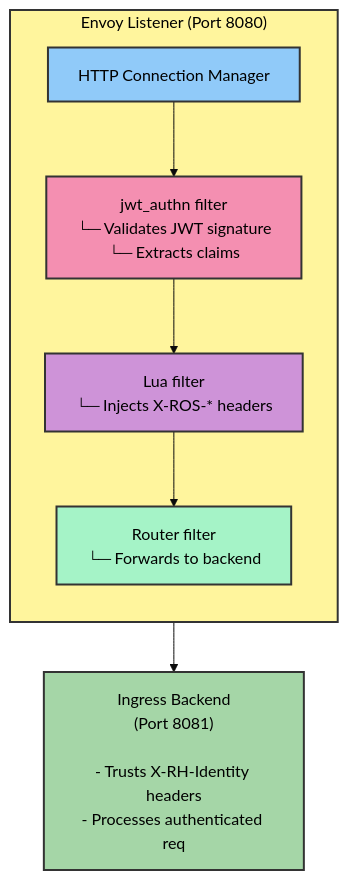
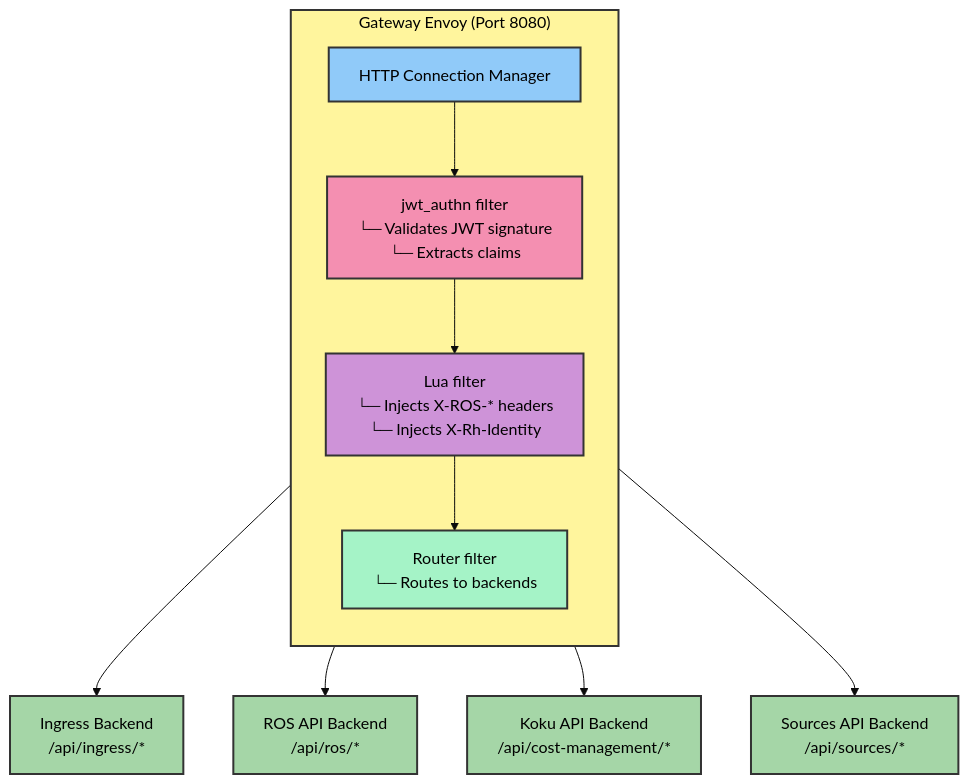
One commit to jordigilh/ros-helm-chart changed the first of 2 diagrams in docs/helm-templates-reference.md. Above: the diagram before and after it, drawn with Mermaid (base theme). The commit also changed other lines of this file and 30 other files, not shown here.

First line of the commit message:
refactor(gateway): consolidate Envoy sidecars into centralized API gateway

````diff
--- a/docs/helm-templates-reference.md
+++ b/docs/helm-templates-reference.md
@@ -83,25 +105,34 @@
 ```mermaid
 graph TB
-    subgraph Envoy["Envoy Listener (Port 8080)"]
+    subgraph Gateway["Gateway Envoy (Port 8080)"]
         direction TB
         HCM["HTTP Connection Manager"]
         JWT["jwt_authn filter<br/>└─ Validates JWT signature<br/>└─ Extracts claims"]
-        Lua["Lua filter<br/>└─ Injects X-ROS-* headers"]
-        Router["Router filter<br/>└─ Forwards to backend"]
+        Lua["Lua filter<br/>└─ Injects X-ROS-* headers<br/>└─ Injects X-Rh-Identity"]
+        Router["Router filter<br/>└─ Routes to backends"]
 
         HCM --> JWT
         JWT --> Lua
         Lua --> Router
     end
 
-    Backend["Ingress Backend<br/>(Port 8081)<br/><br/>- Trusts X-RH-Identity headers<br/>- Processes authenticated req"]
+    Ingress["Ingress Backend<br/>/api/ingress/*"]
+    RosAPI["ROS API Backend<br/>/api/ros/*"]
+    Koku["Koku API Backend<br/>/api/cost-management/*"]
+    Sources["Sources API Backend<br/>/api/sources/*"]
 
-    Router --> Backend
+    Router --> Ingress
+    Router --> RosAPI
+    Router --> Koku
+    Router --> Sources
 
-    style Envoy fill:#fff59d,stroke:#333,stroke-width:2px,color:#000
-    style Backend fill:#a5d6a7,stroke:#333,stroke-width:2px,color:#000
+    style Gateway fill:#fff59d,stroke:#333,stroke-width:2px,color:#000
+    style Ingress fill:#a5d6a7,stroke:#333,stroke-width:2px,color:#000
+    style RosAPI fill:#a5d6a7,stroke:#333,stroke-width:2px,color:#000
+    style Koku fill:#a5d6a7,stroke:#333,stroke-width:2px,color:#000
+    style Sources fill:#a5d6a7,stroke:#333,stroke-width:2px,color:#000
     style HCM fill:#90caf9,stroke:#333,stroke-width:2px,color:#000
     style JWT fill:#f48fb1,stroke:#333,stroke-width:2px,color:#000
     style Lua fill:#ce93d8,stroke:#333,stroke-width:2px,color:#000
     style Router fill:#a5f3c7,stroke:#333,stroke-width:2px,color:#000
 ```
````
